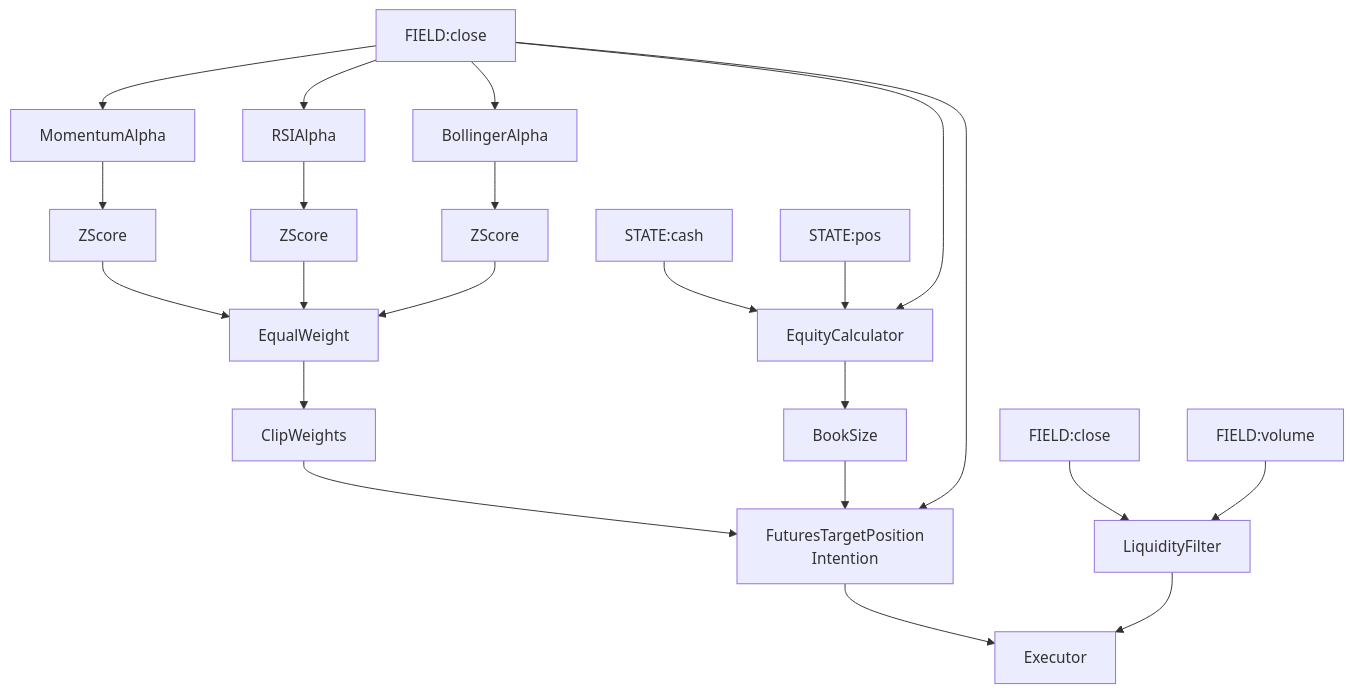
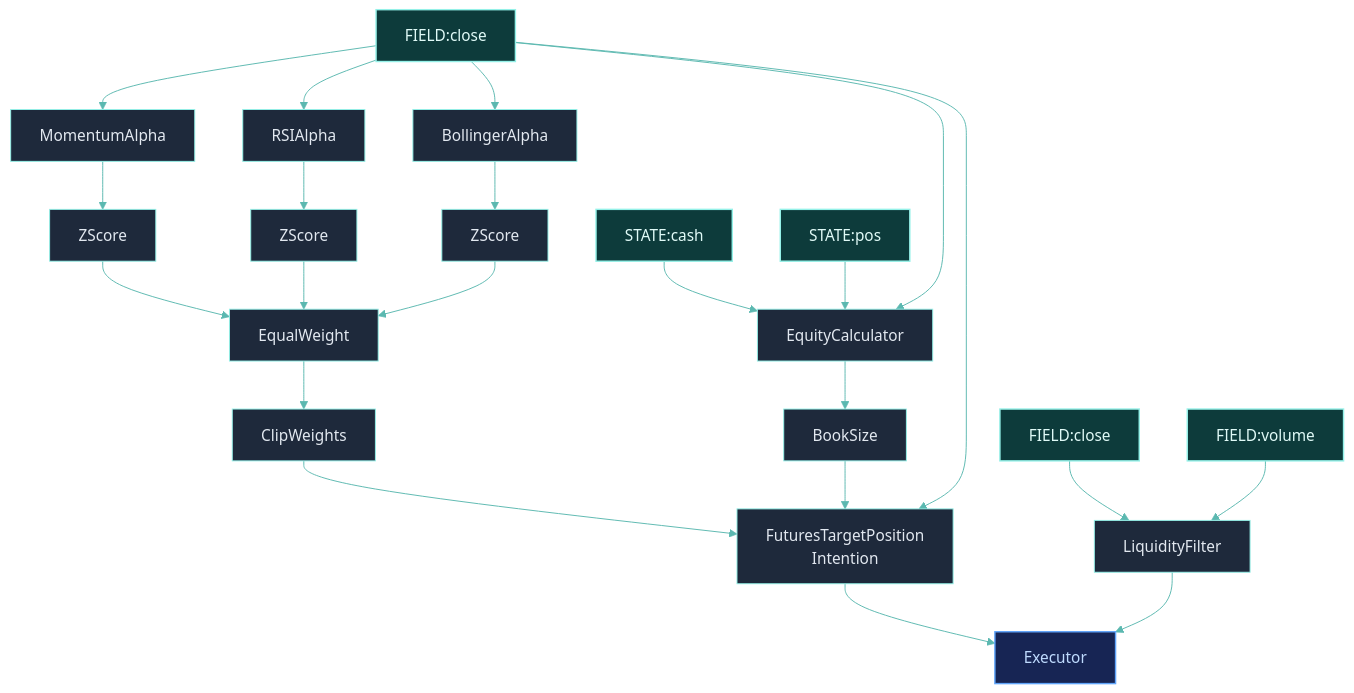
One commit to Clypt/docs changed the diagram in tutorials/multi-factor.mdx. Above: the diagram before and after it, drawn with Mermaid. The commit also changed 73 other files, not shown here.

````diff
--- a/tutorials/multi-factor.mdx
+++ b/tutorials/multi-factor.mdx
@@ -227,31 +227,38 @@
 ```mermaid
+%%{init: {'theme': 'base', 'themeVariables': { 'primaryColor': '#1e293b', 'primaryTextColor': '#e2e8f0', 'primaryBorderColor': '#94F1E8', 'lineColor': '#5bb8b0', 'clusterBkg': '#0f172a', 'clusterBorder': '#1e3a3a', 'titleColor': '#94F1E8', 'edgeLabelBackground': 'transparent' }}}%%
 flowchart TB
+    classDef source fill:#0d3b3b,stroke:#94F1E8,stroke-width:1.5px,color:#e0faf7
+    classDef action fill:#172554,stroke:#60a5fa,stroke-width:1.5px,color:#bfdbfe
+
     CLOSE["FIELD:close"] --> alpha_mom["MomentumAlpha"]
     CLOSE --> alpha_rsi["RSIAlpha"]
     CLOSE --> alpha_boll["BollingerAlpha"]
 
     alpha_mom --> z_mom["ZScore"]
     alpha_rsi --> z_rsi["ZScore"]
     alpha_boll --> z_boll["ZScore"]
 
     z_mom --> ew["EqualWeight"]
     z_rsi --> ew
     z_boll --> ew
 
     ew --> clip["ClipWeights"]
 
     CLOSE2["FIELD:close"] --> liq["LiquidityFilter"]
     VOL["FIELD:volume"] --> liq
 
     STATE_CASH["STATE:cash"] --> equity["EquityCalculator"]
     STATE_POS["STATE:pos"] --> equity
     CLOSE --> equity
     equity --> book["BookSize"]
 
     clip --> intention["FuturesTargetPosition<br>Intention"]
     book --> intention
     CLOSE --> intention
 
     intention --> executor["Executor"]
     liq --> executor
+
+    class CLOSE,CLOSE2,VOL,STATE_CASH,STATE_POS source
+    class executor action
 ```
````
